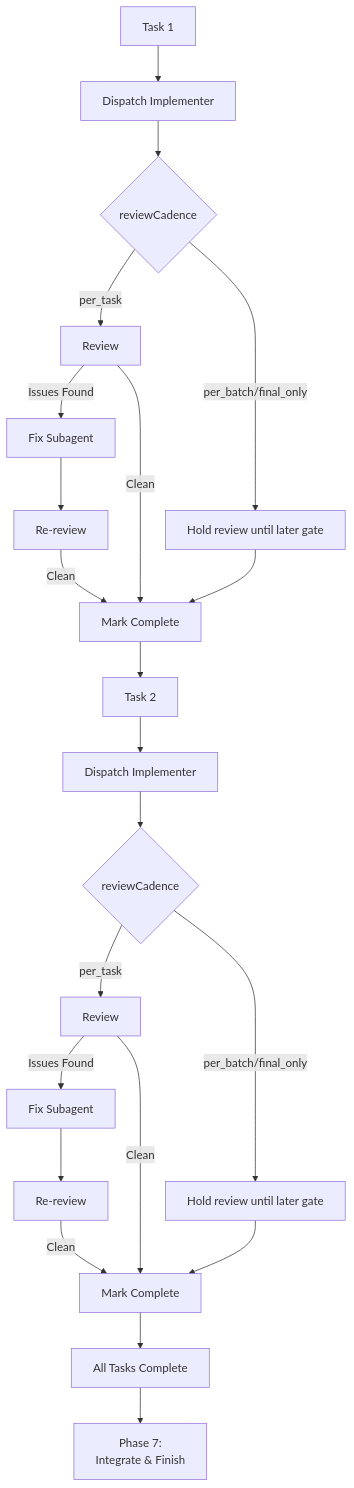
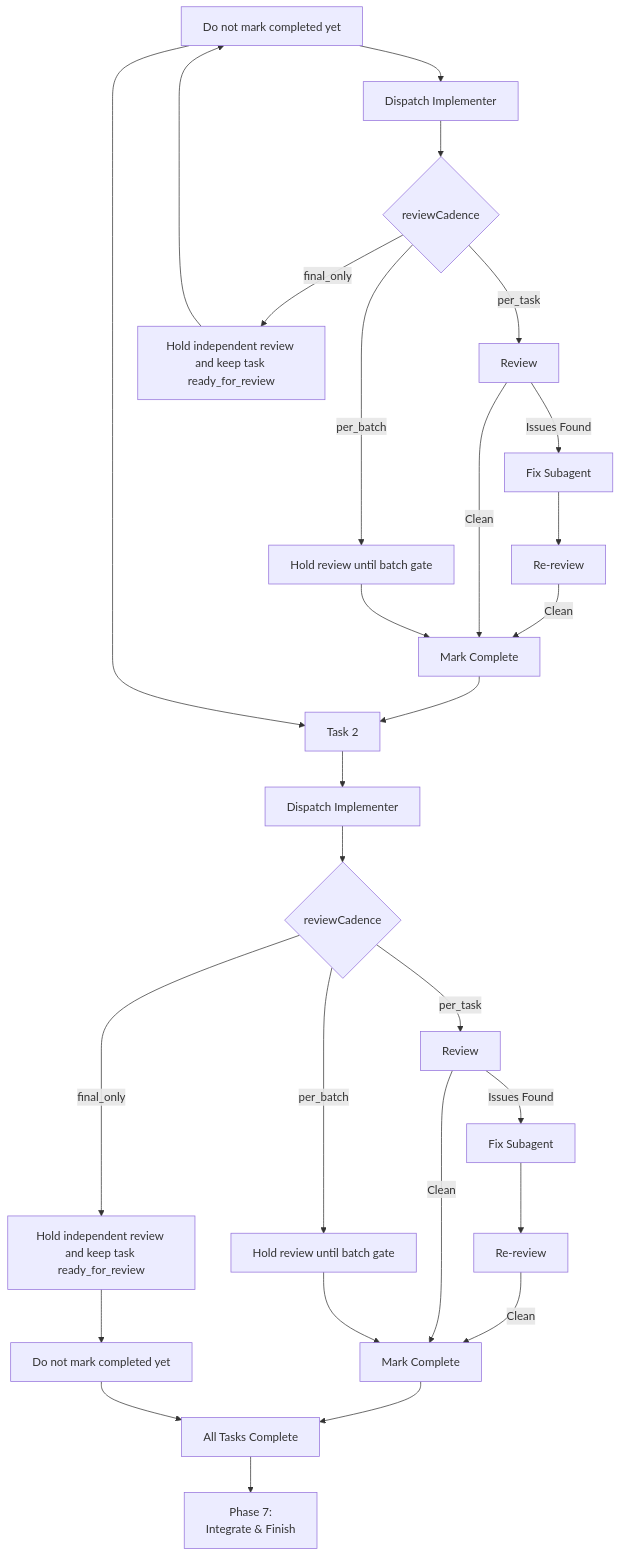
The third of 10 diagrams in super-planning/docs/workflows.md (gugacarbo/agents-skills), drawn with Mermaid before and after one commit. The commit also changed other lines of this file and 19 other files, not shown here.

````diff
--- a/super-planning/docs/workflows.md
+++ b/super-planning/docs/workflows.md
@@ -38,24 +38,30 @@
 ```mermaid
 flowchart TD
     T1[Task 1] --> D1[Dispatch Implementer]
     D1 --> RC1{reviewCadence}
     RC1 -->|per_task| R1[Review]
-    RC1 -->|per_batch/final_only| H1[Hold review until later gate]
+    RC1 -->|per_batch| H1[Hold review until batch gate]
+    RC1 -->|final_only| H1A[Hold independent review and keep task ready_for_review]
     R1 -->|Issues Found| F1[Fix Subagent]
     F1 --> RR1[Re-review]
     RR1 -->|Clean| C1[Mark Complete]
     R1 -->|Clean| C1
     H1 --> C1
+    H1A --> T1[Do not mark completed yet]
     C1 --> T2[Task 2]
+    T1 --> T2
     T2 --> D2[Dispatch Implementer]
     D2 --> RC2{reviewCadence}
     RC2 -->|per_task| R2[Review]
-    RC2 -->|per_batch/final_only| H2[Hold review until later gate]
+    RC2 -->|per_batch| H2[Hold review until batch gate]
+    RC2 -->|final_only| H2A[Hold independent review and keep task ready_for_review]
     R2 -->|Issues Found| F2[Fix Subagent]
     F2 --> RR2[Re-review]
     RR2 -->|Clean| C2[Mark Complete]
     R2 -->|Clean| C2
     H2 --> C2
+    H2A --> T3[Do not mark completed yet]
     C2 --> TN[All Tasks Complete]
+    T3 --> TN
     TN --> INTEGRATE[Phase 7:<br/>Integrate & Finish]
 ```
````
